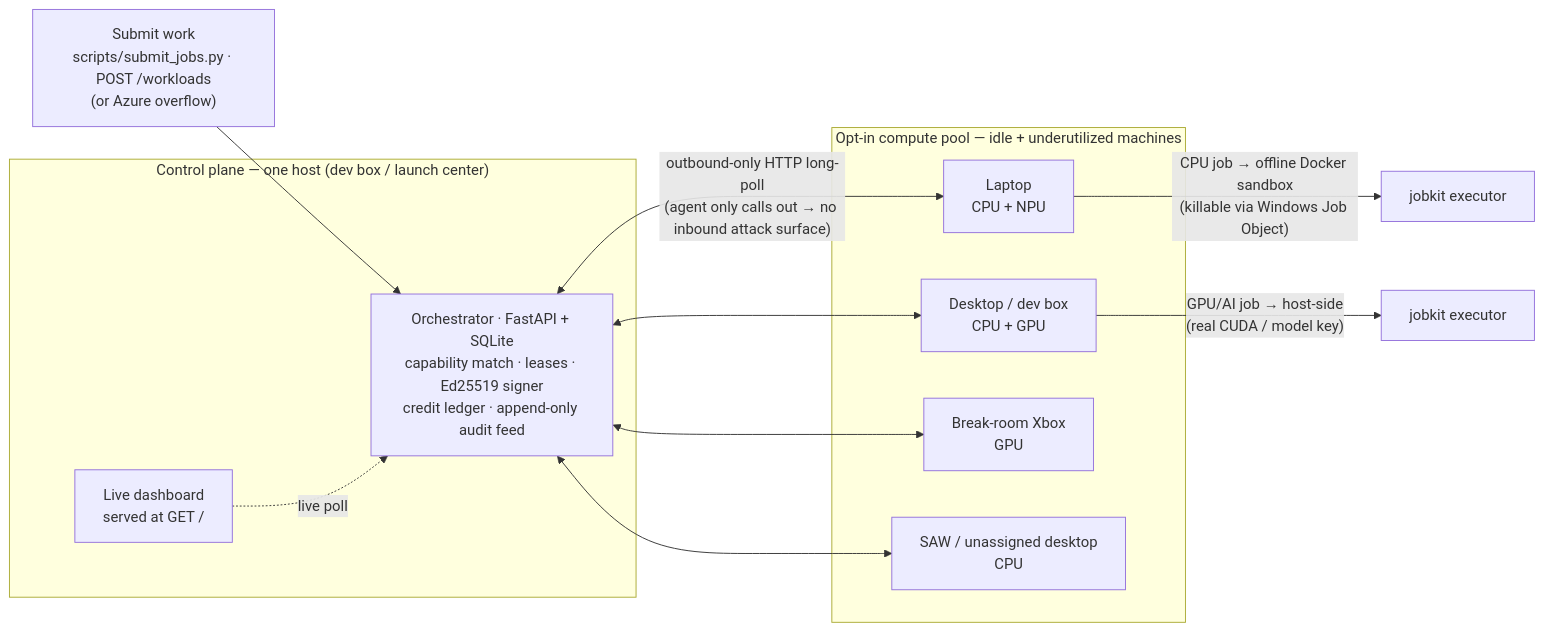
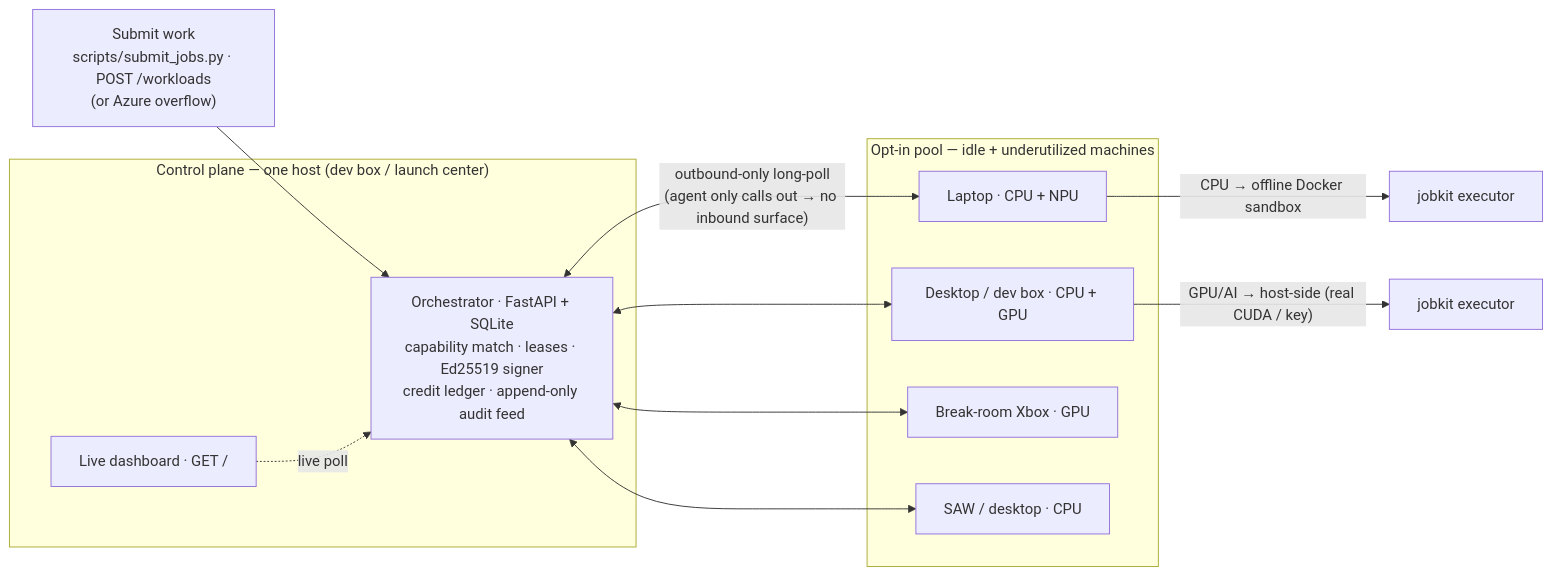
Before and after one commit to Aditya-Katkuri/OneCompute: the first of 3 diagrams in README.md, drawn with Mermaid. The commit also changed other lines of this file and 1 other file, not shown here.

First line of the commit message:
Tighten README to a scannable submission format; drop NightShift naming (product is OneCompute)

````diff
--- a/README.md
+++ b/README.md
@@ -47,25 +33,25 @@
 ```mermaid
 flowchart LR
     S["Submit work<br/>scripts/submit_jobs.py · POST /workloads<br/>(or Azure overflow)"]
 
     subgraph Control["Control plane — one host (dev box / launch center)"]
         O["Orchestrator · FastAPI + SQLite<br/>capability match · leases · Ed25519 signer<br/>credit ledger · append-only audit feed"]
-        D["Live dashboard<br/>served at GET /"]
+        D["Live dashboard · GET /"]
     end
 
-    subgraph Pool["Opt-in compute pool — idle + underutilized machines"]
-        W1["Laptop<br/>CPU + NPU"]
-        W2["Desktop / dev box<br/>CPU + GPU"]
-        W3["Break-room Xbox<br/>GPU"]
-        W4["SAW / unassigned desktop<br/>CPU"]
+    subgraph Pool["Opt-in pool — idle + underutilized machines"]
+        W1["Laptop · CPU + NPU"]
+        W2["Desktop / dev box · CPU + GPU"]
+        W3["Break-room Xbox · GPU"]
+        W4["SAW / desktop · CPU"]
     end
 
     S --> O
-    O <-->|"outbound-only HTTP long-poll<br/>(agent only calls out → no inbound attack surface)"| W1
+    O <-->|"outbound-only long-poll<br/>(agent only calls out → no inbound surface)"| W1
     O <--> W2
     O <--> W3
     O <--> W4
     D -.live poll.-> O
-    W1 -->|"CPU job → offline Docker sandbox<br/>(killable via Windows Job Object)"| J1["jobkit executor"]
-    W2 -->|"GPU/AI job → host-side<br/>(real CUDA / model key)"| J2["jobkit executor"]
+    W1 -->|"CPU → offline Docker sandbox"| J1["jobkit executor"]
+    W2 -->|"GPU/AI → host-side (real CUDA / key)"| J2["jobkit executor"]
 ```
````
